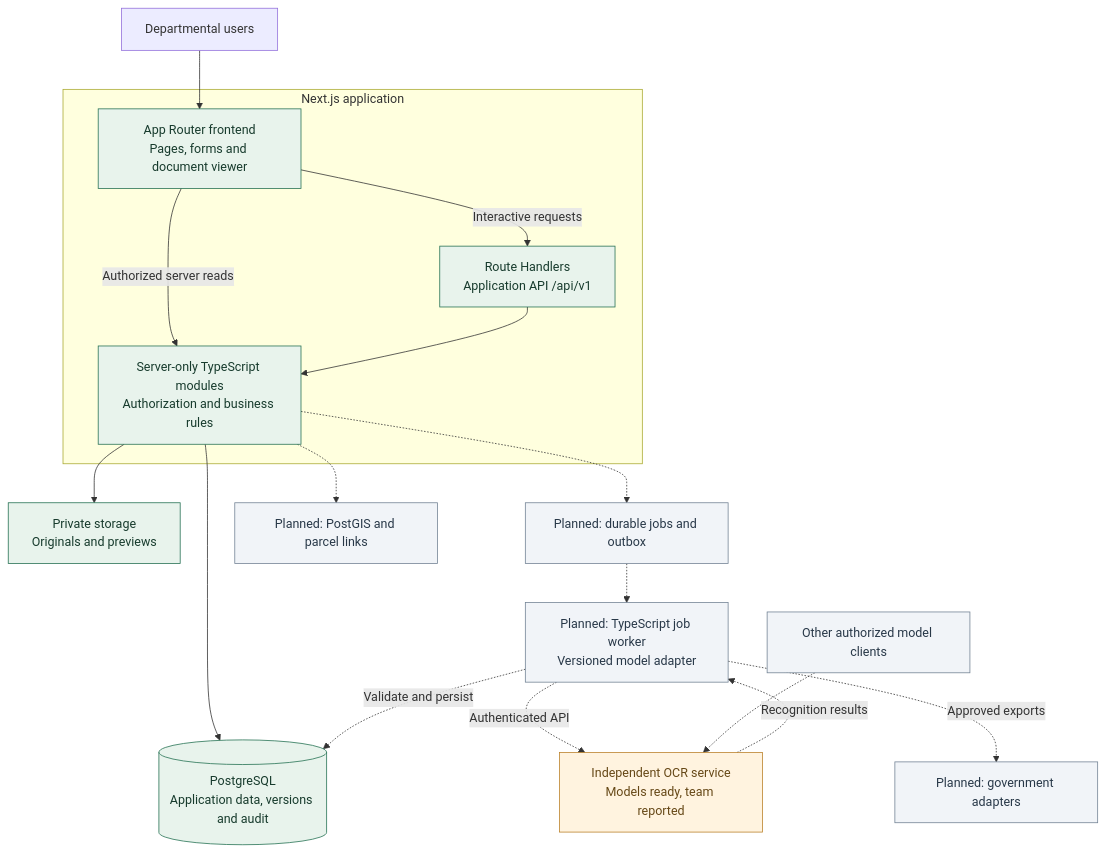
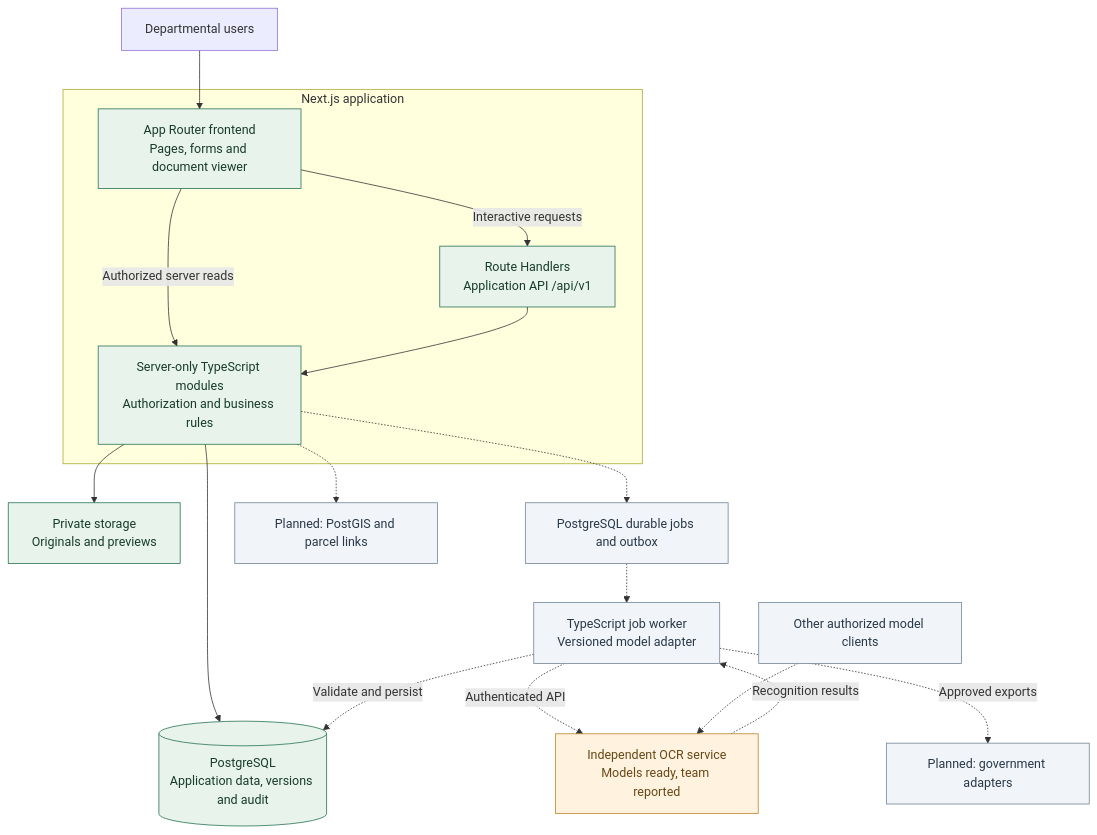
The first of 3 diagrams in README.md (unseenap/Land_dizitization), drawn with Mermaid before and after one commit. The commit also changed other lines of this file and 31 other files, not shown here.

````diff
--- a/README.md
+++ b/README.md
@@ -46,37 +46,37 @@
 ```mermaid
 flowchart TB
     Users["Departmental users"]
     subgraph App["Next.js application"]
         UI["App Router frontend<br/>Pages, forms and document viewer"]
         API["Route Handlers<br/>Application API /api/v1"]
         Services["Server-only TypeScript modules<br/>Authorization and business rules"]
         UI -->|Interactive requests| API
         UI -->|Authorized server reads| Services
         API --> Services
     end
     DB[("PostgreSQL<br/>Application data, versions and audit")]
     Storage["Private storage<br/>Originals and previews"]
-    Jobs["Planned: durable jobs and outbox"]
-    Worker["Planned: TypeScript job worker<br/>Versioned model adapter"]
+    Jobs["PostgreSQL durable jobs and outbox"]
+    Worker["TypeScript job worker<br/>Versioned model adapter"]
     Model["Independent OCR service<br/>Models ready, team reported"]
     Clients["Other authorized model clients"]
     GIS["Planned: PostGIS and parcel links"]
     Government["Planned: government adapters"]
     Users --> UI
     Services --> DB
     Services --> Storage
     Services -.-> Jobs
     Jobs -.-> Worker
     Worker -.->|Authenticated API| Model
     Model -.->|Recognition results| Worker
     Clients -.-> Model
     Worker -.->|Validate and persist| DB
     Services -.-> GIS
     Worker -.->|Approved exports| Government
     classDef implemented fill:#e8f3ec,stroke:#247052,color:#173b2d;
     classDef planned fill:#f1f4f8,stroke:#728294,color:#283848;
     classDef model fill:#fff3df,stroke:#ba8129,color:#664817;
     class UI,API,Services,DB,Storage implemented;
     class Jobs,Worker,GIS,Government,Clients planned;
     class Model model;
 ```
````
